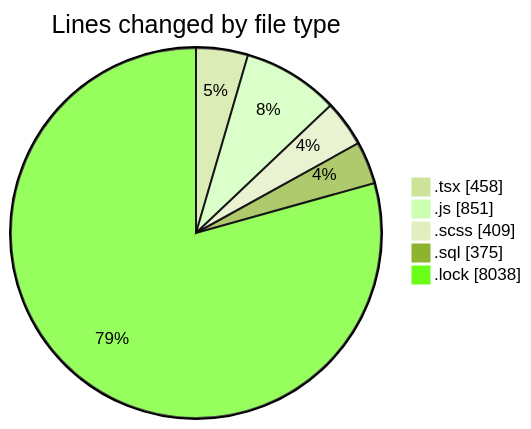
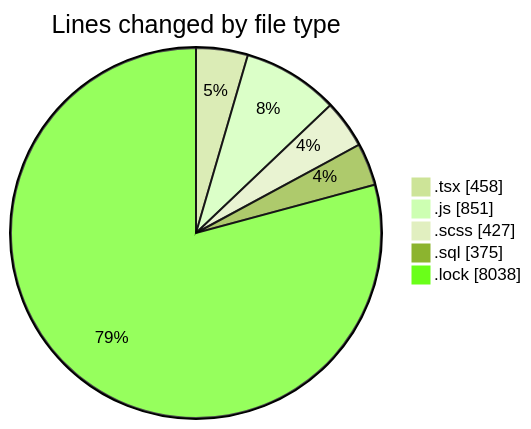
Before and after one commit to momahboobian/code-tracking: the first of 2 diagrams in 2025-03-18/cda/README.md, drawn with Mermaid (forest theme). The commit also changed other lines of this file and 1 other file, not shown here.

````diff
--- a/2025-03-18/cda/README.md
+++ b/2025-03-18/cda/README.md
@@ -30,9 +30,9 @@
 ```mermaid
 pie showData
 title Lines changed by file type
 ".tsx" : 458
 ".js" : 851
-".scss" : 409
+".scss" : 427
 ".sql" : 375
 ".lock" : 8038
 ```
````
